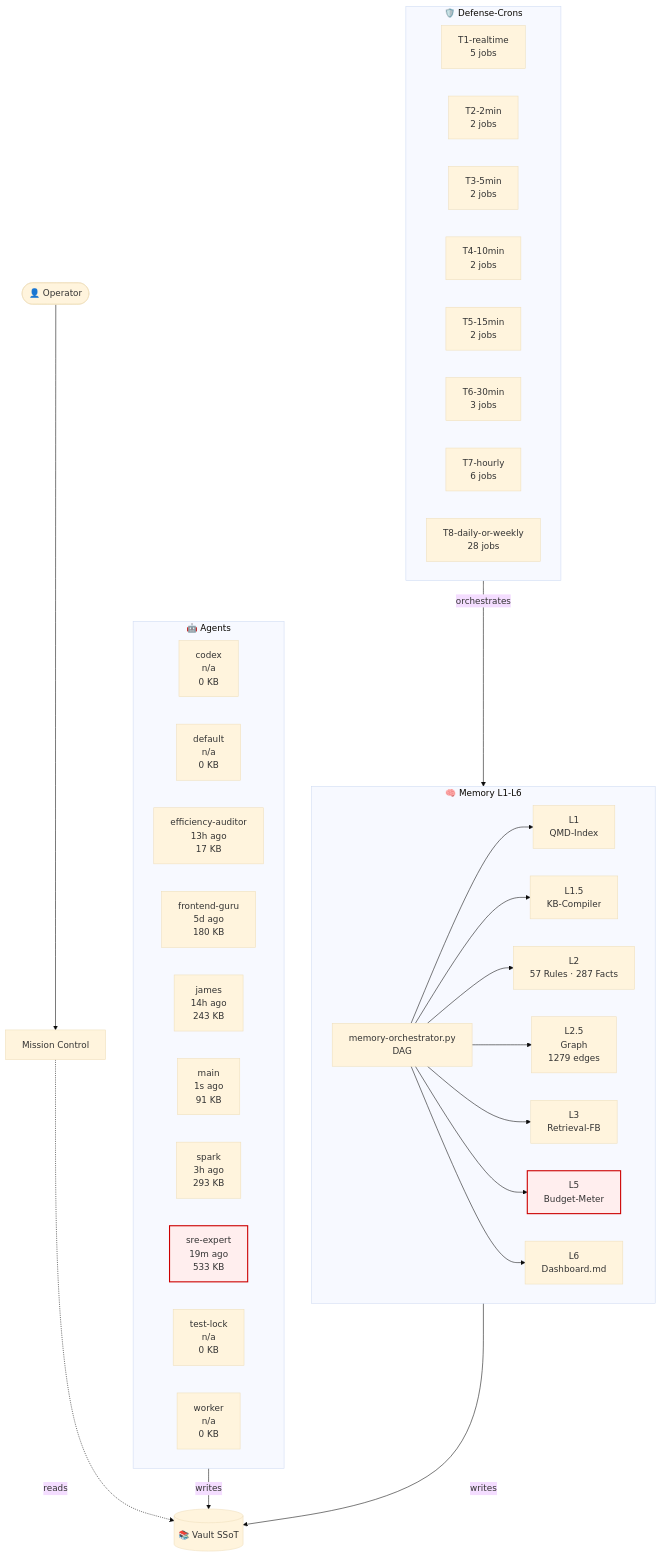
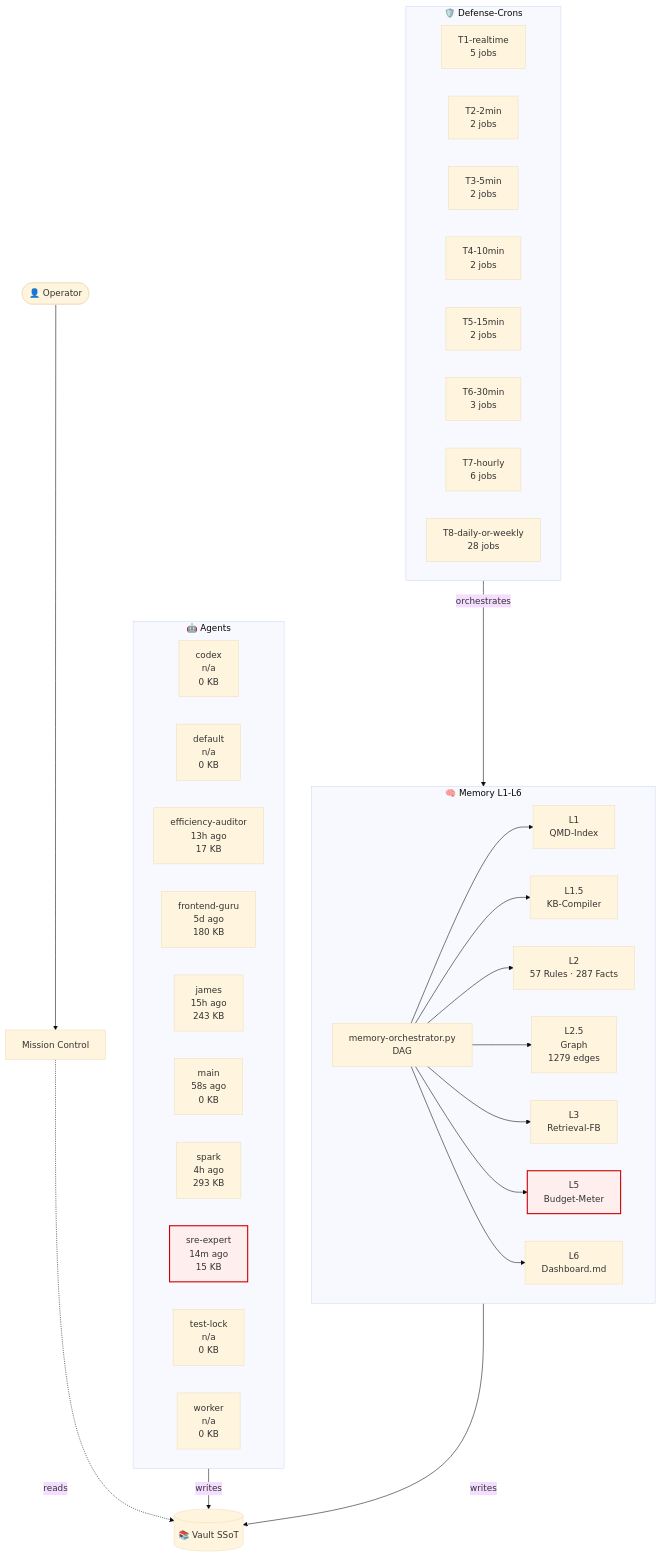
One commit to lenardhuebner88-rgb/openclaw-memory changed the diagram in 03-Agents/architecture-live.md. Above: the diagram before and after it, drawn with Mermaid (base theme). The commit also changed other lines of this file and 4 other files, not shown here.

````diff
--- a/03-Agents/architecture-live.md
+++ b/03-Agents/architecture-live.md
@@ -18,53 +18,53 @@
 ```mermaid
 flowchart TB
     classDef critical fill:#fee,stroke:#c00,stroke-width:2px;
     subgraph AGT["🤖 Agents"]
         agent_codex["codex<br/>n/a<br/>0 KB"]
         agent_default["default<br/>n/a<br/>0 KB"]
         agent_efficiency_auditor["efficiency-auditor<br/>13h ago<br/>17 KB"]
         agent_frontend_guru["frontend-guru<br/>5d ago<br/>180 KB"]
-        agent_james["james<br/>14h ago<br/>243 KB"]
-        agent_main["main<br/>1s ago<br/>91 KB"]
-        agent_spark["spark<br/>3h ago<br/>293 KB"]
-        agent_sre_expert["sre-expert<br/>19m ago<br/>533 KB"]
+        agent_james["james<br/>15h ago<br/>243 KB"]
+        agent_main["main<br/>58s ago<br/>0 KB"]
+        agent_spark["spark<br/>4h ago<br/>293 KB"]
+        agent_sre_expert["sre-expert<br/>14m ago<br/>15 KB"]
         agent_test_lock["test-lock<br/>n/a<br/>0 KB"]
         agent_worker["worker<br/>n/a<br/>0 KB"]
     end
     subgraph MEM["🧠 Memory L1-L6"]
         L1["L1<br/>QMD-Index"]
         L15["L1.5<br/>KB-Compiler"]
         L2["L2<br/>57 Rules · 287 Facts"]
         L25["L2.5<br/>Graph<br/>1279 edges"]
         L3["L3<br/>Retrieval-FB"]
         L5["L5<br/>Budget-Meter"]
         L6["L6<br/>Dashboard.md"]
         ORCH["memory-orchestrator.py<br/>DAG"]
     end
     subgraph CRN["🛡️ Defense-Crons"]
         tier_T1_realtime["T1-realtime<br/>5 jobs"]
         tier_T2_2min["T2-2min<br/>2 jobs"]
         tier_T3_5min["T3-5min<br/>2 jobs"]
         tier_T4_10min["T4-10min<br/>2 jobs"]
         tier_T5_15min["T5-15min<br/>2 jobs"]
         tier_T6_30min["T6-30min<br/>3 jobs"]
         tier_T7_hourly["T7-hourly<br/>6 jobs"]
         tier_T8_daily_or_weekly["T8-daily-or-weekly<br/>28 jobs"]
     end
     VAULT[("📚 Vault SSoT")]
     OP([👤 Operator])
     MC["Mission Control"]
     OP --> MC
     MC -.reads.-> VAULT
     AGT -->|writes| VAULT
     MEM -->|writes| VAULT
     ORCH --> L1
     ORCH --> L15
     ORCH --> L2
     ORCH --> L25
     ORCH --> L3
     ORCH --> L5
     ORCH --> L6
     CRN -->|orchestrates| MEM
     class L5 critical
     class agent_sre_expert critical
 ```
````
